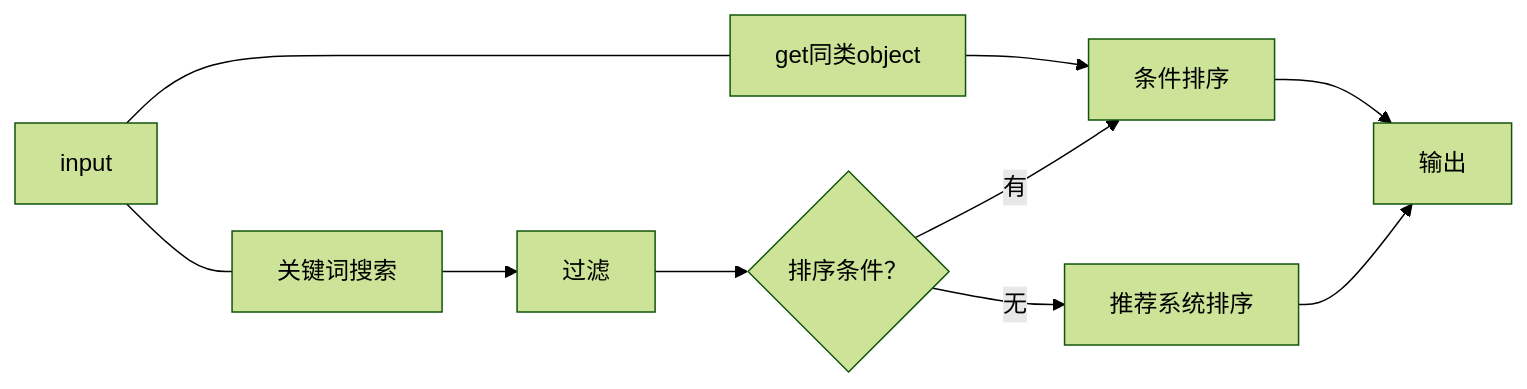
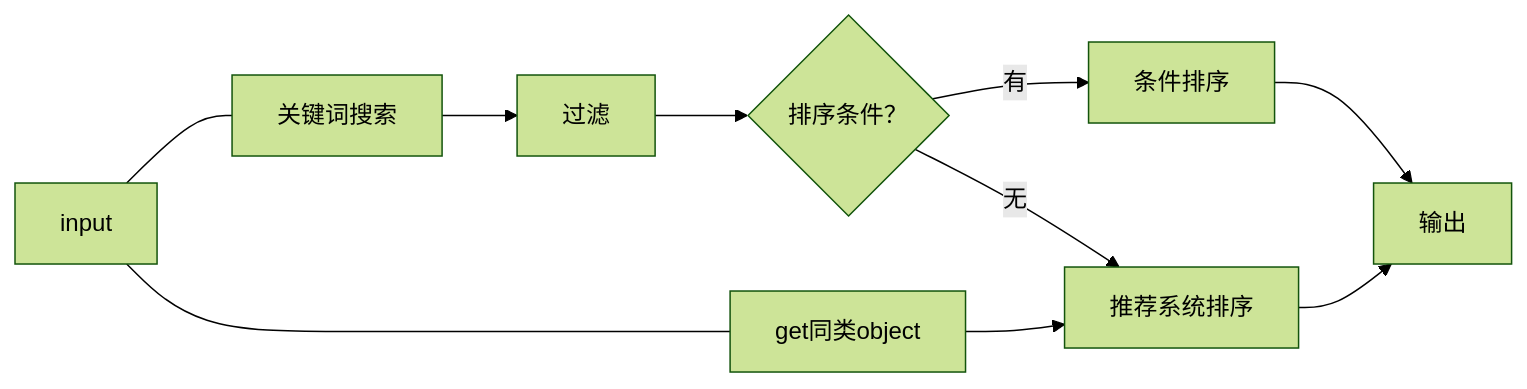
The second of 2 diagrams in server/docs/architecture/data_management/search/design.md (TouhouCloudMusic/thcdb), drawn with Mermaid (forest theme) before and after one commit.

Commit message:
小修正

````diff
--- a/server/docs/architecture/data_management/search/design.md
+++ b/server/docs/architecture/data_management/search/design.md
@@ -40,15 +40,15 @@
 ```mermaid
 graph LR
     input[input]
     get_object_type_data[get同类object]
     search[关键词搜索]
     had_sort_condition?{排序条件？}
     condition_sort[条件排序]
     recommendation_sort[推荐系统排序]
     filter[过滤]
     output[输出]
-    input --- get_object_type_data --> condition_sort;
     input --- search --> filter --> had_sort_condition?;
     had_sort_condition? --有--> condition_sort --> output;
     had_sort_condition? --无--> recommendation_sort --> output;
+    input --- get_object_type_data --> recommendation_sort;
 ```
````
